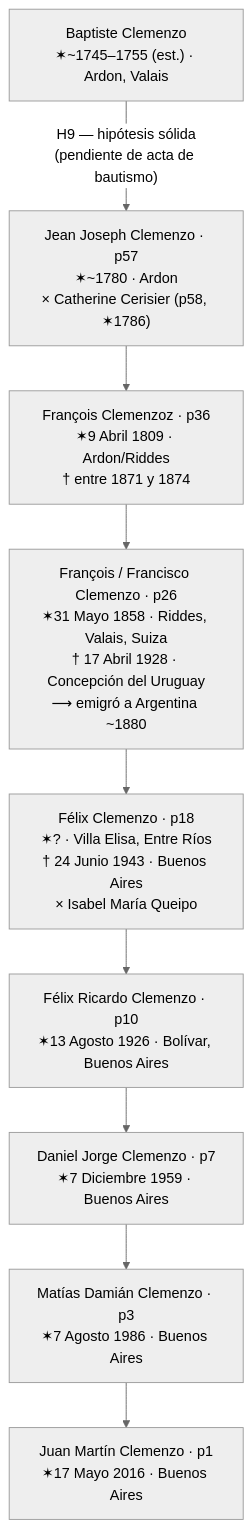
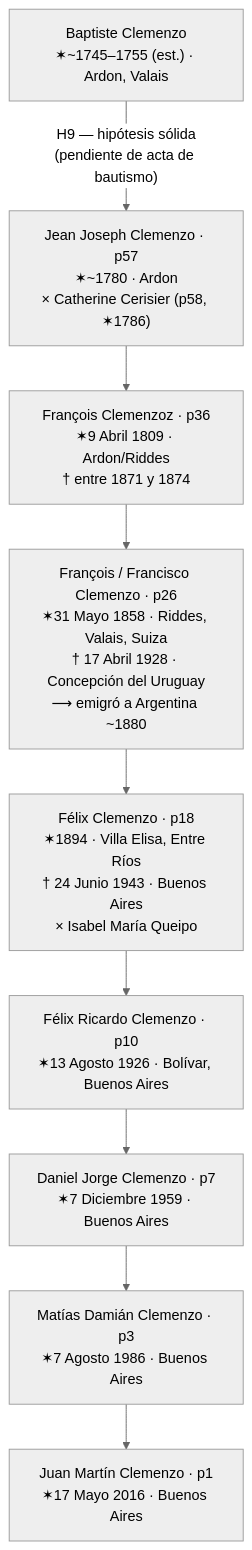
Before and after one commit to cmzo/web-genealogia: the first of 2 diagrams in content/posts/clan-clemenzo.md, drawn with Mermaid (neutral theme). The commit also changed other lines of this file and 2 other files, not shown here.

````diff
--- a/content/posts/clan-clemenzo.md
+++ b/content/posts/clan-clemenzo.md
@@ -586,21 +586,21 @@
 ```mermaid
 flowchart TD
     BAP["Baptiste Clemenzo\n✶~1745–1755 (est.) · Ardon, Valais"]
     JJC["Jean Joseph Clemenzo · p57\n✶~1780 · Ardon\n× Catherine Cerisier (p58, ✶1786)"]
     FR2["François Clemenzoz · p36\n✶9 Abril 1809 · Ardon/Riddes\n† entre 1871 y 1874"]
     FRA["François / Francisco Clemenzo · p26\n✶31 Mayo 1858 · Riddes, Valais, Suiza\n† 17 Abril 1928 · Concepción del Uruguay\n⟶ emigró a Argentina ~1880"]
-    FEL["Félix Clemenzo · p18\n✶? · Villa Elisa, Entre Ríos\n† 24 Junio 1943 · Buenos Aires\n× Isabel María Queipo"]
+    FEL["Félix Clemenzo · p18\n✶1894 · Villa Elisa, Entre Ríos\n† 24 Junio 1943 · Buenos Aires\n× Isabel María Queipo"]
     FER["Félix Ricardo Clemenzo · p10\n✶13 Agosto 1926 · Bolívar, Buenos Aires"]
     DAN["Daniel Jorge Clemenzo · p7\n✶7 Diciembre 1959 · Buenos Aires"]
     MAT["Matías Damián Clemenzo · p3\n✶7 Agosto 1986 · Buenos Aires"]
     JM["Juan Martín Clemenzo · p1\n✶17 Mayo 2016 · Buenos Aires"]
 
     BAP -->|"H9 — hipótesis sólida\n(pendiente de acta de bautismo)"| JJC
     JJC --> FR2
     FR2 --> FRA
     FRA --> FEL
     FEL --> FER
     FER --> DAN
     DAN --> MAT
     MAT --> JM
 ```
````
